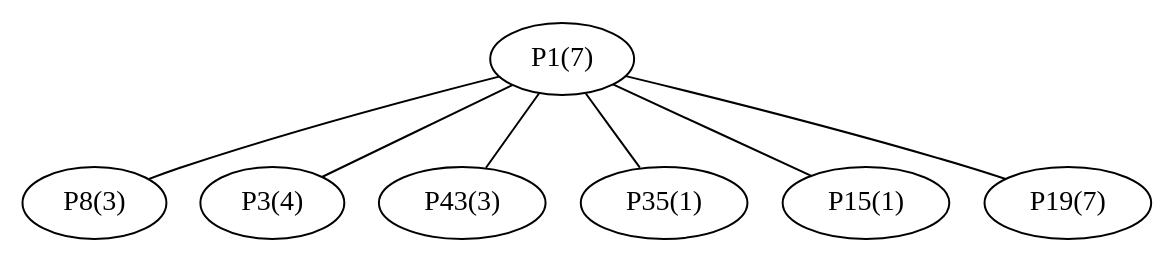
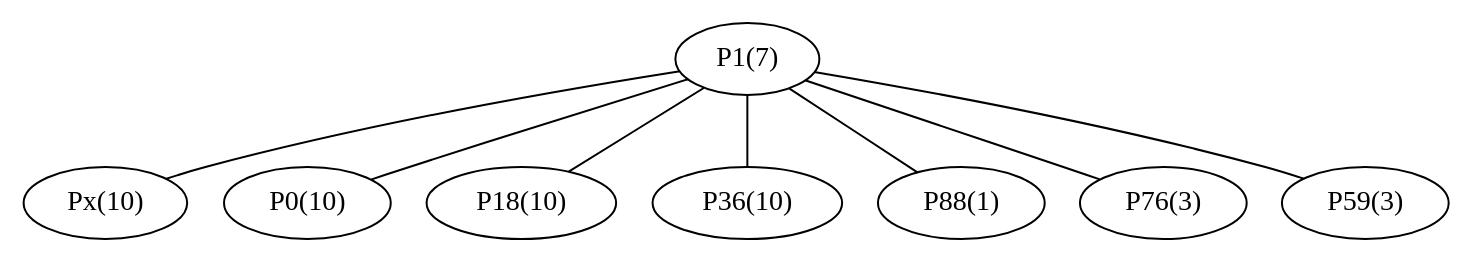
The diagram in files/P1/graph_P1.dot (afkpost/P2PN_2014), drawn with Graphviz before and after one commit. The commit also changed 110 other files, not shown here.

```diff
--- a/files/P1/graph_P1.dot
+++ b/files/P1/graph_P1.dot
@@ -1,15 +1,17 @@
 graph network {
 	"P1(7)";
-	"P8(3)";
-	"P3(4)";
-	"P43(3)";
-	"P35(1)";
-	"P15(1)";
-	"P19(7)";
-	"P1(7)" -- "P8(3)";
-	"P1(7)" -- "P3(4)";
-	"P1(7)" -- "P43(3)";
-	"P1(7)" -- "P35(1)";
-	"P1(7)" -- "P15(1)";
-	"P1(7)" -- "P19(7)";
+	"Px(10)";
+	"P0(10)";
+	"P18(10)";
+	"P36(10)";
+	"P88(1)";
+	"P76(3)";
+	"P59(3)";
+	"P1(7)" -- "Px(10)";
+	"P1(7)" -- "P0(10)";
+	"P1(7)" -- "P18(10)";
+	"P1(7)" -- "P36(10)";
+	"P1(7)" -- "P88(1)";
+	"P1(7)" -- "P76(3)";
+	"P1(7)" -- "P59(3)";
 }
```
